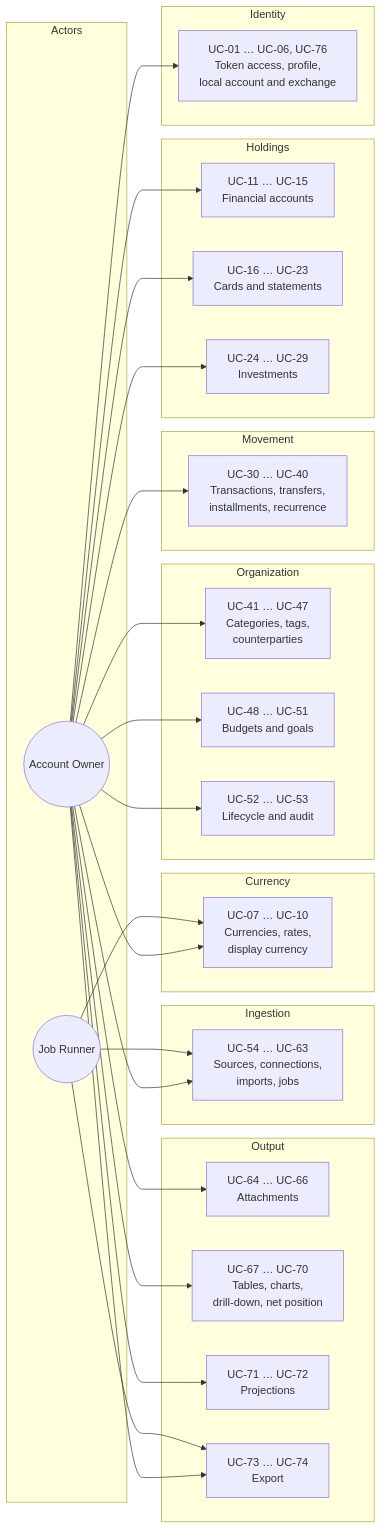
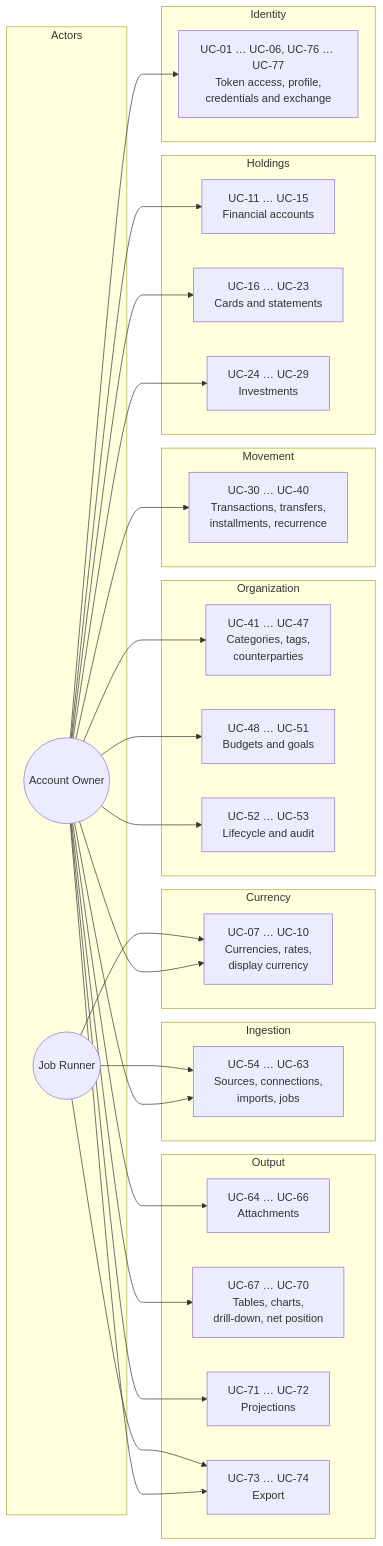
The first of 7 diagrams in docs/requirements/Use Case Specification Document.md (artur-rios/fortuna-api), drawn with Mermaid before and after one commit. The commit also changed other lines of this file and 19 other files, not shown here.

````diff
--- a/docs/requirements/Use Case Specification Document.md
+++ b/docs/requirements/Use Case Specification Document.md
@@ -42,60 +42,60 @@
 ```mermaid
 graph LR
     subgraph Actors
         OWNER(("Account Owner"))
         RUNNER(("Job Runner"))
     end
 
     subgraph Identity
-        UC01[UC-01 … UC-06, UC-76<br/>Token access, profile,<br/>local account and exchange]
+        UC01[UC-01 … UC-06, UC-76 … UC-77<br/>Token access, profile,<br/>credentials and exchange]
     end
 
     subgraph Currency
         UC07[UC-07 … UC-10<br/>Currencies, rates,<br/>display currency]
     end
 
     subgraph Holdings
         UC11[UC-11 … UC-15<br/>Financial accounts]
         UC16[UC-16 … UC-23<br/>Cards and statements]
         UC24[UC-24 … UC-29<br/>Investments]
     end
 
     subgraph Movement
         UC30[UC-30 … UC-40<br/>Transactions, transfers,<br/>installments, recurrence]
     end
 
     subgraph Organization
         UC41[UC-41 … UC-47<br/>Categories, tags,<br/>counterparties]
         UC48[UC-48 … UC-51<br/>Budgets and goals]
         UC52[UC-52 … UC-53<br/>Lifecycle and audit]
     end
 
     subgraph Ingestion
         UC54[UC-54 … UC-63<br/>Sources, connections,<br/>imports, jobs]
     end
 
     subgraph Output
         UC64[UC-64 … UC-66<br/>Attachments]
         UC67[UC-67 … UC-70<br/>Tables, charts,<br/>drill-down, net position]
         UC71[UC-71 … UC-72<br/>Projections]
         UC73[UC-73 … UC-74<br/>Export]
     end
 
     OWNER --> UC01
     OWNER --> UC07
     OWNER --> UC11
     OWNER --> UC16
     OWNER --> UC24
     OWNER --> UC30
     OWNER --> UC41
     OWNER --> UC48
     OWNER --> UC52
     OWNER --> UC54
     OWNER --> UC64
     OWNER --> UC67
     OWNER --> UC71
     OWNER --> UC73
     RUNNER --> UC07
     RUNNER --> UC54
     RUNNER --> UC73
 ```
````
